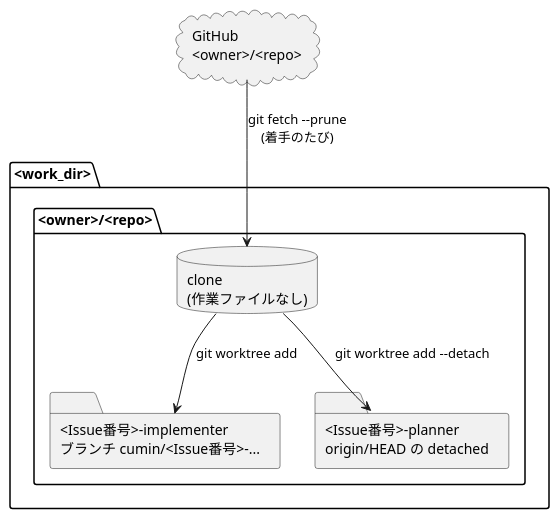
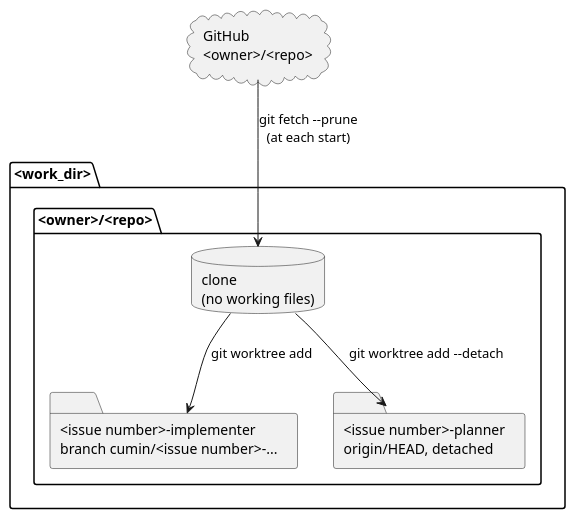
The diagram in docs/ja/designs/agent-run-layout.puml (cloveclovedev/cumin-works), drawn with PlantUML before and after one commit. The commit also changed 19 other files, not shown here.

First line of the commit message:
docs(diagrams): write the labels of every diagram in English and give each row its own arrow (#216)

```diff
--- a/docs/ja/designs/agent-run-layout.puml
+++ b/docs/ja/designs/agent-run-layout.puml
@@ -1,18 +1,18 @@
 @startuml agent-run-layout
 skinparam shadowing false
 skinparam defaultFontName sans-serif
 
 cloud "GitHub\n<owner>/<repo>" as github
 
 folder "<work_dir>" as workdir {
   folder "<owner>/<repo>" as repo {
-    database "clone\n(作業ファイルなし)" as clone
-    folder "<Issue番号>-implementer\nブランチ cumin/<Issue番号>-..." as implementer
-    folder "<Issue番号>-planner\norigin/HEAD の detached" as planner
+    database "clone\n(no working files)" as clone
+    folder "<issue number>-implementer\nbranch cumin/<issue number>-..." as implementer
+    folder "<issue number>-planner\norigin/HEAD, detached" as planner
   }
 }
 
-github --> clone : git fetch --prune\n(着手のたび)
+github --> clone : git fetch --prune\n(at each start)
 clone --> implementer : git worktree add
 clone --> planner : git worktree add --detach
 @enduml
```
